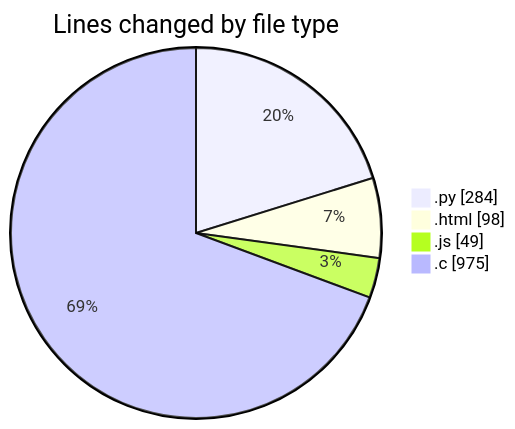
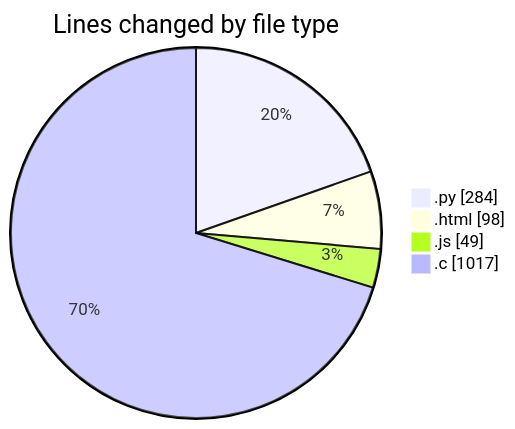
The first of 2 diagrams in 2025-01-21/projects/README.md (Ritupan-Deka/code-tracking), drawn with Mermaid before and after one commit. The commit also changed other lines of this file and 1 other file, not shown here.

````diff
--- a/2025-01-21/projects/README.md
+++ b/2025-01-21/projects/README.md
@@ -31,8 +31,8 @@
 ```mermaid
 pie showData
 title Lines changed by file type
 ".py" : 284
 ".html" : 98
 ".js" : 49
-".c" : 975
+".c" : 1017
 ```
````
